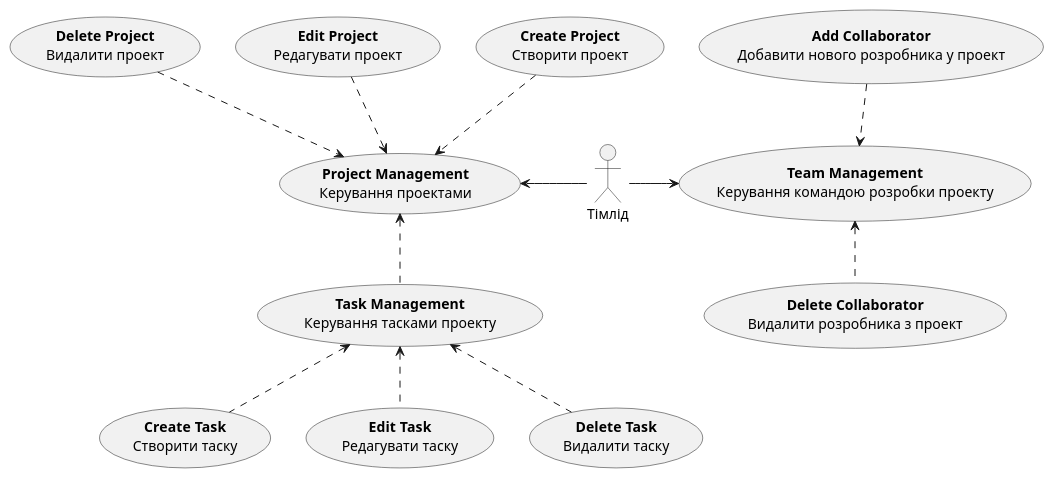
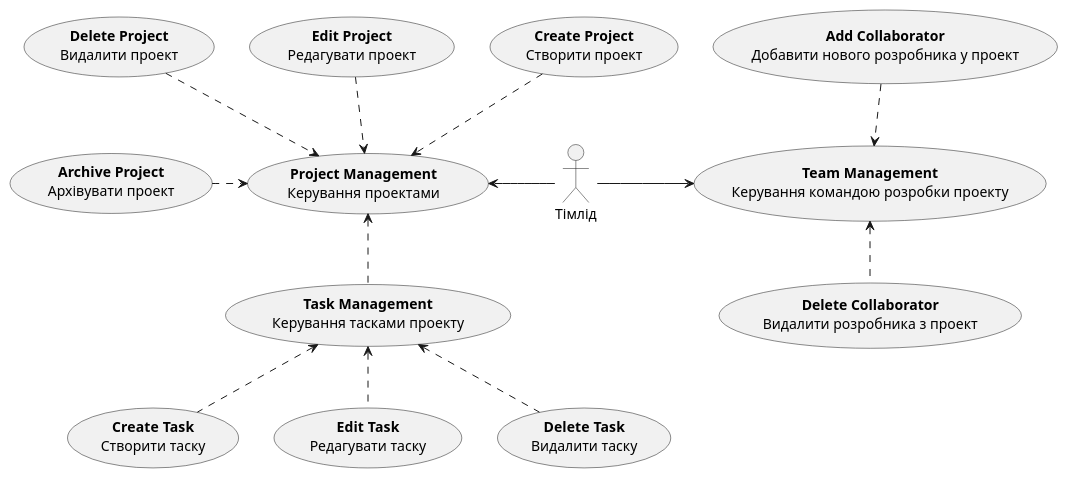
Before and after one commit to edu-db/edu_db_labs: the third of 4 diagrams in docs/use cases/README.md, drawn with PlantUML. The commit also changed other lines of this file, not shown here.

Commit message:
Admin usecase diagram

```diff
--- a/docs/use cases/README.md
+++ b/docs/use cases/README.md
@@ -84,28 +86,31 @@
 @startuml
 
 actor "Тімлід" as Teamlead
+
 usecase "<b>Project Management</b>\nКерування проектами" as ProjectManagement
 usecase "<b>Create Project</b>\nСтворити проект" as CreateProject 
 usecase "<b>Edit Project</b>\nРедагувати проект" as EditProject 
 usecase "<b>Delete Project</b>\nВидалити проект" as DeleteProject
+usecase "<b>Archive Project</b>\nАрхівувати проект" as ArchiveProject
 usecase "<b>Task Management</b>\nКерування тасками проекту" as TaskManagement
 usecase "<b>Create Task</b>\nСтворити таску" as CreateTask
 usecase "<b>Edit Task</b>\nРедагувати таску" as EditTask
 usecase "<b>Delete Task</b>\nВидалити таску" as DeleteTask
 usecase "<b>Team Management</b>\nКерування командою розробки проекту" as TeamManagement
 usecase "<b>Add Collaborator</b>\nДобавити нового розробника у проект" as AddCollaborator
 usecase "<b>Delete Collaborator</b>\nВидалити розробника з проект" as DeleteCollaborator
 
 Teamlead -l-> ProjectManagement
 ProjectManagement <.u. CreateProject
 ProjectManagement <.u. EditProject
 ProjectManagement <.u. DeleteProject
+ProjectManagement <.l. ArchiveProject
 ProjectManagement <.d. TaskManagement
 TaskManagement <.d. CreateTask
 TaskManagement <.d. EditTask
 TaskManagement <.d. DeleteTask
 Teamlead -r-> TeamManagement
 TeamManagement <.u. AddCollaborator
 TeamManagement <.d. DeleteCollaborator
 
 @enduml
```
